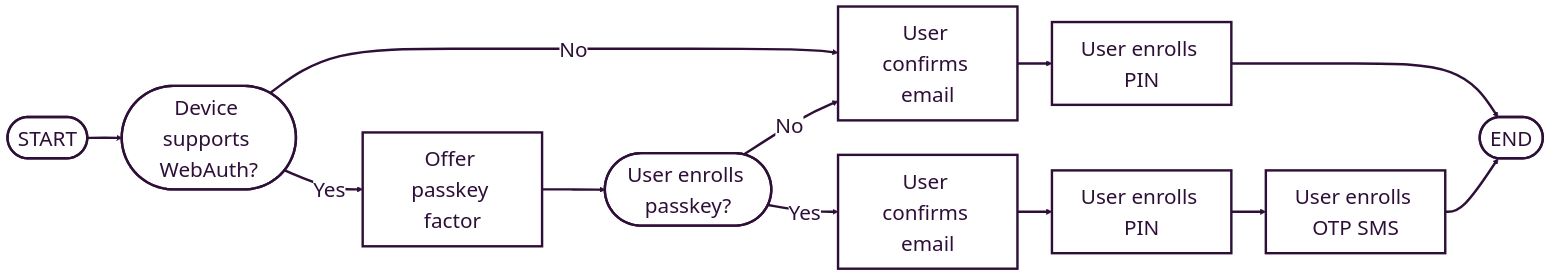
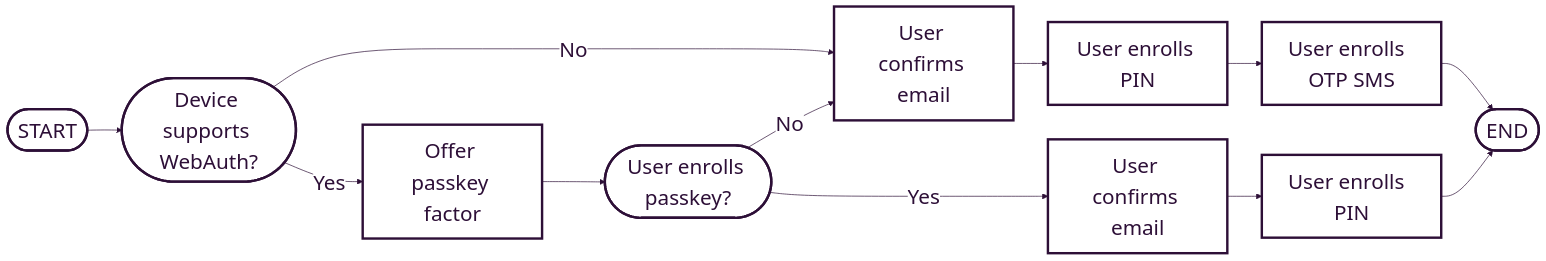
One commit to Mangopay/docs changed the first of 3 diagrams in guides/sca/factors.mdx. Above: the diagram before and after it, drawn with Mermaid. The commit also changed other lines of this file, not shown here.

````diff
--- a/guides/sca/factors.mdx
+++ b/guides/sca/factors.mdx
@@ -137,43 +283,43 @@
 ```mermaid
 %%{
   init: {
     'theme': 'base',
     'themeVariables': {
       'primaryColor': '#FFFFFF',
       'primaryTextColor': '#2D0F37',
       'primaryBorderColor': '#2D0F37',
       'lineColor': '#2D0F37',
       'secondaryColor': '#FFFFFF',
       'tertiaryColor': '#FFFFFF',
       'fontSize': '30px',
       'fontFamily': 'Inter'
     }
   }
 }%%
 flowchart LR
-    n6["Offer passkey factor"] ==> n7(["User enrolls passkey?"])
-    n8["User confirms email"] ==> n11["User enrolls PIN"]
-    n11 ==> n13(["END"])
-    n14(["START"]) ==> n4(["Device supports WebAuth?"])
-    n12["User confirms email"] ==> n15["User enrolls PIN"]
-    n15 ==> n16["User enrolls OTP SMS"]
-    n16 ==> n13
-    n4 == Yes ==> n6
-    n4 == No ==> n8
-    n7 == No ==> n8
-    n7 == Yes ==> n12
+    n6["Offer passkey factor"] --> n7(["User enrolls passkey?"])
+    n8["User confirms email"] --> n11["User enrolls  PIN"]
+    n14(["START"]) --> n4(["Device supports WebAuth?"])
+    n12["User confirms email"] --> n15["User enrolls PIN"]
+    n15 --> n16["User enrolls  OTP SMS"]
+    n16 --> n13(["END"])
+    n4 -- No --> n12
+    n4 -- Yes --> n6
+    n7 -- No --> n12
+    n11 --> n13
+    n7 -- Yes --> n8
 
     n6@{ shape: rect}
     n8@{ shape: rect}
 
     style n4 stroke-width:3.5px
     style n6 stroke-width:3.5px
     style n7 stroke-width:3.5px
     style n8 stroke-width:3.5px
     style n11 stroke-width:3.5px
     style n12 stroke-width:3.5px
     style n13 stroke-width:3.5px
     style n14 stroke-width:3.5px
     style n15 stroke-width:3.5px
     style n16 stroke-width:3.5px
 ```
````
